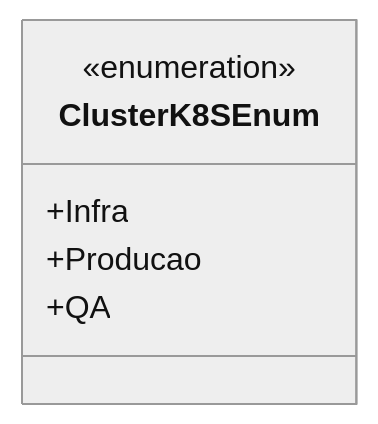
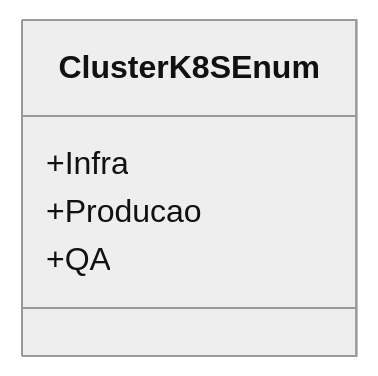
The diagram in docs/b2b-dominio/IsthmusWinthor.Nucleo/IsthmusWinthor.Dominio/Enumeradores/ClusterK8SEnum.md (IsthmusSistemas/documentacao-tecnica), drawn with Mermaid (neutral theme) before and after one commit. The commit also changed other lines of this file and 882 other files, not shown here.

````diff
--- a/docs/b2b-dominio/IsthmusWinthor.Nucleo/IsthmusWinthor.Dominio/Enumeradores/ClusterK8SEnum.md
+++ b/docs/b2b-dominio/IsthmusWinthor.Nucleo/IsthmusWinthor.Dominio/Enumeradores/ClusterK8SEnum.md
@@ -12,9 +13,8 @@
 ```mermaid
 classDiagram
     class ClusterK8SEnum {
-      <<enumeration>>
-      +Infra
-      +Producao
-      +QA
+        +Infra
+        +Producao
+        +QA
     }
 ```
````
